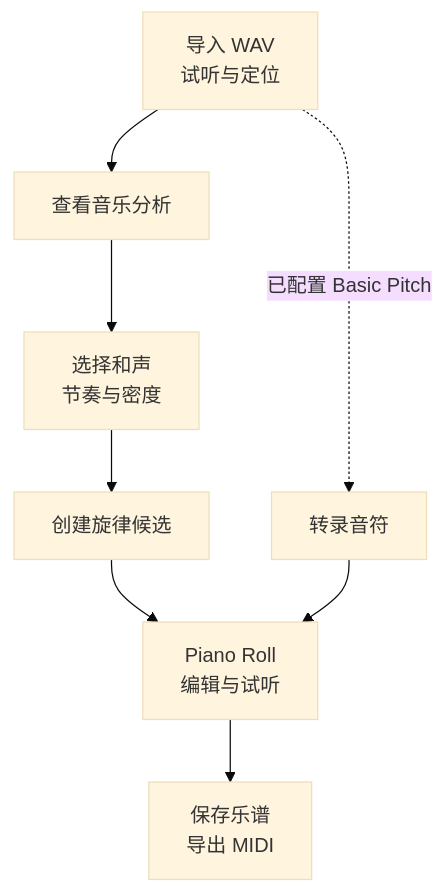
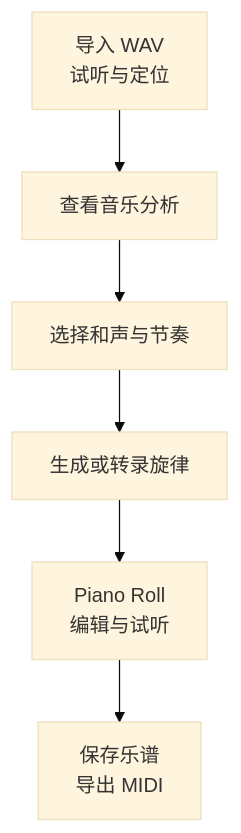
Before and after one commit to ryurikoneko/DAWLoop: the first of 5 diagrams in README.md, drawn with Mermaid (base theme). The commit also changed other lines of this file and 7 other files, not shown here.

Commit message:
docs(readme): clarify live test scope and simplify narrow-screen diagrams

````diff
--- a/README.md
+++ b/README.md
@@ -48,10 +48,8 @@
 ```mermaid
 flowchart TD
     A[导入 WAV<br/>试听与定位] --> B[查看音乐分析]
-    B --> C[选择和声<br/>节奏与密度]
-    C --> D[创建旋律候选]
-    A -. 已配置 Basic Pitch .-> T[转录音符]
+    B --> C[选择和声与节奏]
+    C --> D[生成或转录旋律]
     D --> E[Piano Roll<br/>编辑与试听]
-    T --> E
     E --> F[保存乐谱<br/>导出 MIDI]
 ```
````
